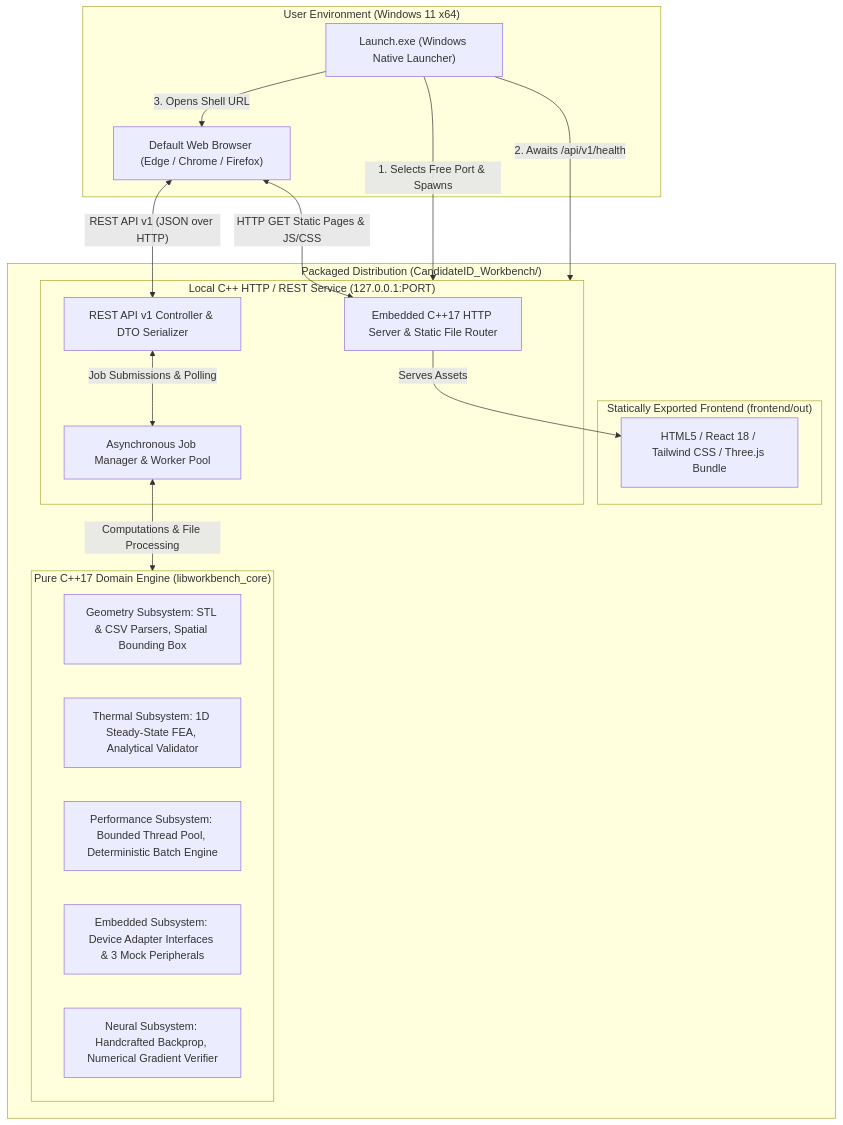
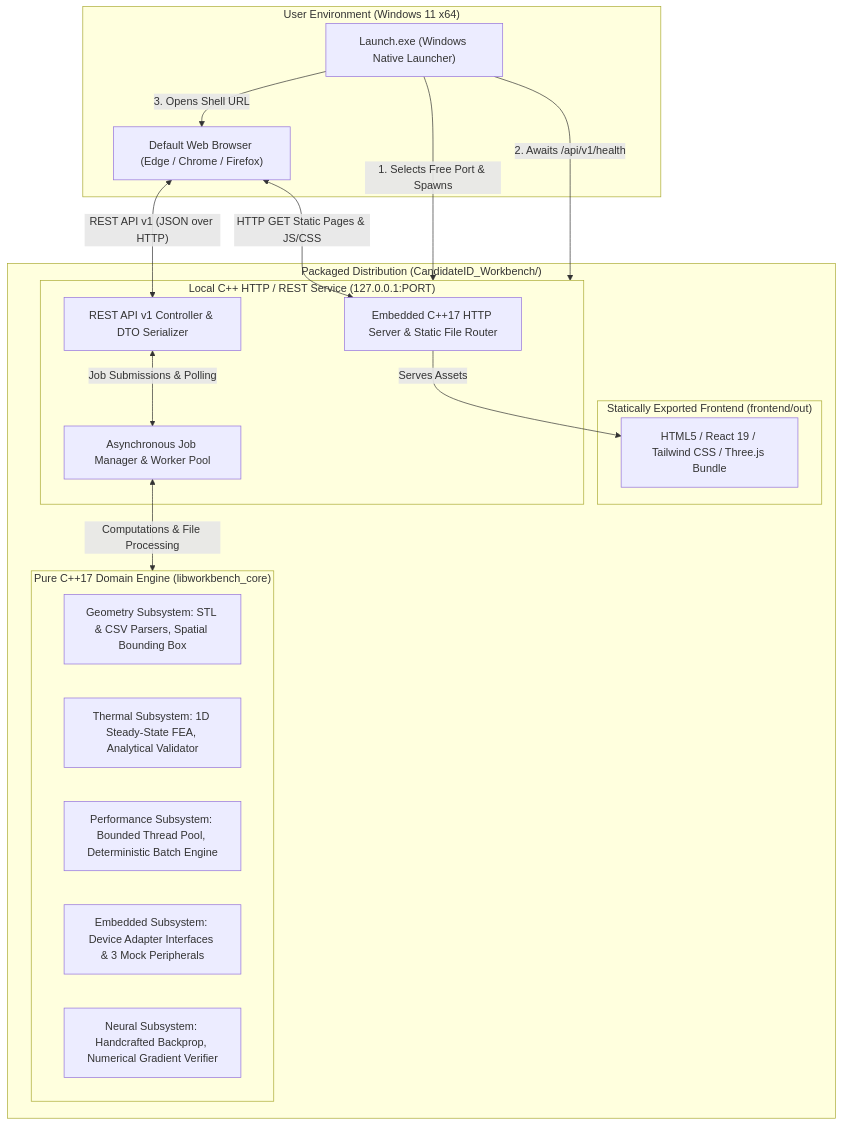
One commit to HARISH130505/Enginex changed the diagram in docs/architecture/system-architecture.md. Above: the diagram before and after it, drawn with Mermaid. The commit also changed other lines of this file and 115 other files, not shown here.

````diff
--- a/docs/architecture/system-architecture.md
+++ b/docs/architecture/system-architecture.md
@@ -14,38 +14,38 @@
 ```mermaid
 flowchart TB
     subgraph UserSpace ["User Environment (Windows 11 x64)"]
         Browser["Default Web Browser (Edge / Chrome / Firefox)"]
         Launcher["Launch.exe (Windows Native Launcher)"]
     end
 
     subgraph Packaging ["Packaged Distribution (CandidateID_Workbench/)"]
         subgraph FrontendDist ["Statically Exported Frontend (frontend/out)"]
-            StaticFiles["HTML5 / React 18 / Tailwind CSS / Three.js Bundle"]
+            StaticFiles["HTML5 / React 19 / Tailwind CSS / Three.js Bundle"]
         end
 
         subgraph BackendServer ["Local C++ HTTP / REST Service (127.0.0.1:PORT)"]
             HttpEngine["Embedded C++17 HTTP Server & Static File Router"]
             ApiRouter["REST API v1 Controller & DTO Serializer"]
             JobEngine["Asynchronous Job Manager & Worker Pool"]
         end
 
         subgraph CoreEngine ["Pure C++17 Domain Engine (libworkbench_core)"]
             GeometryCore["Geometry Subsystem: STL & CSV Parsers, Spatial Bounding Box"]
             ThermalCore["Thermal Subsystem: 1D Steady-State FEA, Analytical Validator"]
             PerfCore["Performance Subsystem: Bounded Thread Pool, Deterministic Batch Engine"]
             HwCore["Embedded Subsystem: Device Adapter Interfaces & 3 Mock Peripherals"]
             NeuralCore["Neural Subsystem: Handcrafted Backprop, Numerical Gradient Verifier"]
         end
     end
 
     Launcher -->|"1. Selects Free Port & Spawns"| BackendServer
     Launcher -->|"2. Awaits /api/v1/health"| BackendServer
     Launcher -->|"3. Opens Shell URL"| Browser
 
     Browser <-->|"HTTP GET Static Pages & JS/CSS"| HttpEngine
     HttpEngine -->|"Serves Assets"| StaticFiles
 
     Browser <-->|"REST API v1 (JSON over HTTP)"| ApiRouter
     ApiRouter <-->|"Job Submissions & Polling"| JobEngine
     JobEngine <-->|"Computations & File Processing"| CoreEngine
 ```
````
